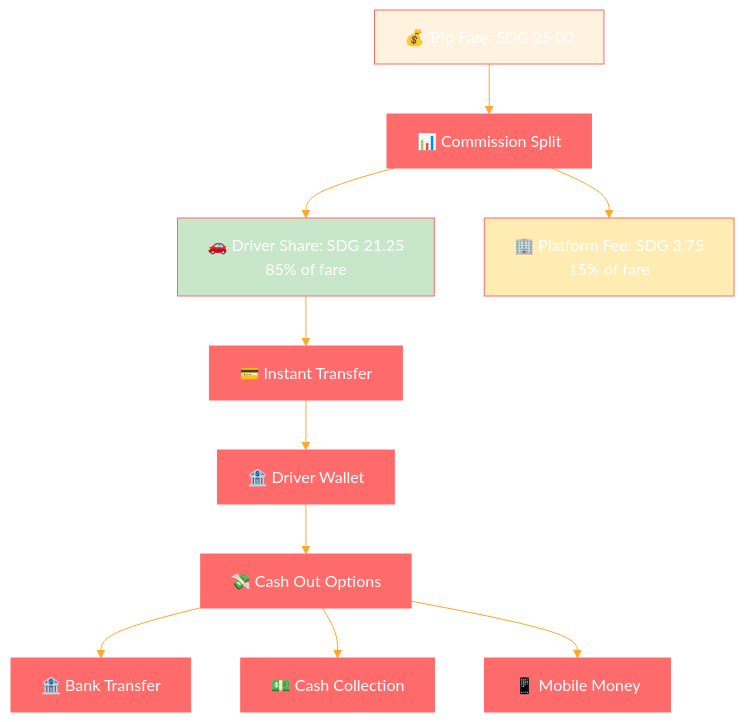
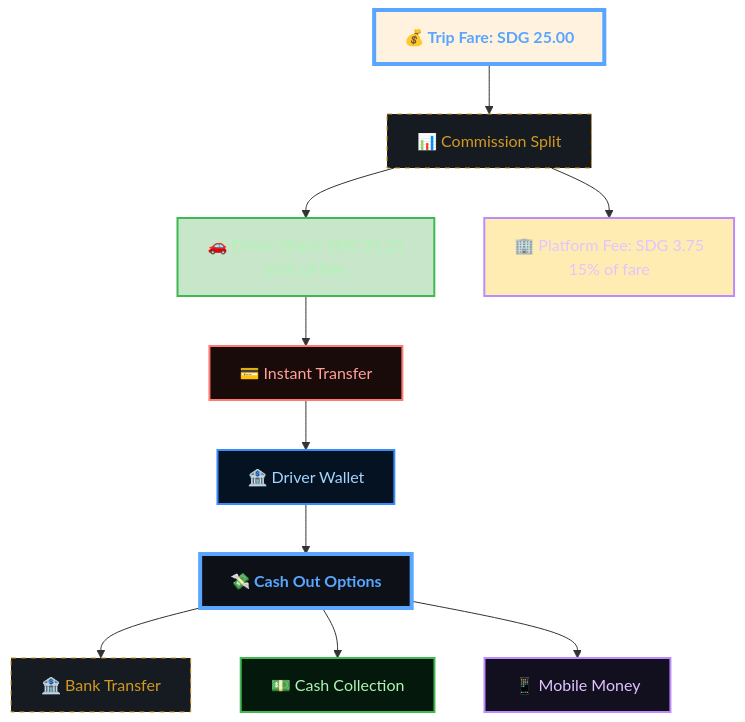
Before and after one commit to abdoElHodaky/transportapp: diagram 12 of 20 in docs/user-journeys/driver-flow.md, drawn with Mermaid. The commit also changed other lines of this file and 9 other files, not shown here.

````diff
--- a/docs/user-journeys/driver-flow.md
+++ b/docs/user-journeys/driver-flow.md
@@ -487,19 +837,49 @@
 ```mermaid
-%%{init: {'theme':'base', 'themeVariables': {'primaryColor':'#ff6b6b','primaryTextColor':'#fff','primaryBorderColor':'#ff6b6b','lineColor':'#ffa726','sectionBkgColor':'#ff6b6b','altSectionBkgColor':'#fff','gridColor':'#fff','secondaryColor':'#006100','tertiaryColor':'#fff'}}}%%
 graph TB
     A[💰 Trip Fare: SDG 25.00] --> B[📊 Commission Split]
     B --> C[🚗 Driver Share: SDG 21.25<br/>85% of fare]
     B --> D[🏢 Platform Fee: SDG 3.75<br/>15% of fare]
     
     C --> E[💳 Instant Transfer]
     E --> F[🏦 Driver Wallet]
     F --> G[💸 Cash Out Options]
     
     G --> G1[🏦 Bank Transfer]
     G --> G2[💵 Cash Collection]
     G --> G3[📱 Mobile Money]
     
     style A fill:#fff3e0
     style C fill:#c8e6c9
     style D fill:#ffecb3
+
+    %% --- DARK GRADIENT & GLOW STYLING ---
+    
+    %% Main Dashboard (Neon Cyan/Blue)
+    classDef main fill:#0d1117,stroke:#58a6ff,stroke-width:4px,color:#58a6ff,font-weight:bold;
+    
+    %% Decision Diamond (Gold Glow)
+    classDef decision fill:#161b22,stroke:#d29922,color:#d29922,stroke-dasharray: 5 5;
+    
+    %% Revenue (Emerald Gradient Style)
+    classDef revNode fill:#04190b,stroke:#3fb950,color:#aff5b4,stroke-width:2px;
+    
+    %% Commission (Purple Gradient Style)
+    classDef commNode fill:#12101e,stroke:#bc8cff,color:#e2c5ff,stroke-width:2px;
+    
+    %% Refund (Ruby Gradient Style)
+    classDef refNode fill:#1a0b0b,stroke:#ff7b72,color:#ffa198,stroke-width:2px;
+    
+    %% Earnings (Sapphire Gradient Style)
+    classDef earnNode fill:#051221,stroke:#388bfd,color:#a5d6ff,stroke-width:2px;
+
+    class A main;
+    class B decision;
+    class C revNode;
+    class D commNode;
+    class E refNode;
+    class F earnNode;
+    class G main;
+    class G1 decision;
+    class G2 revNode;
+    class G3 commNode;
 ```
````
